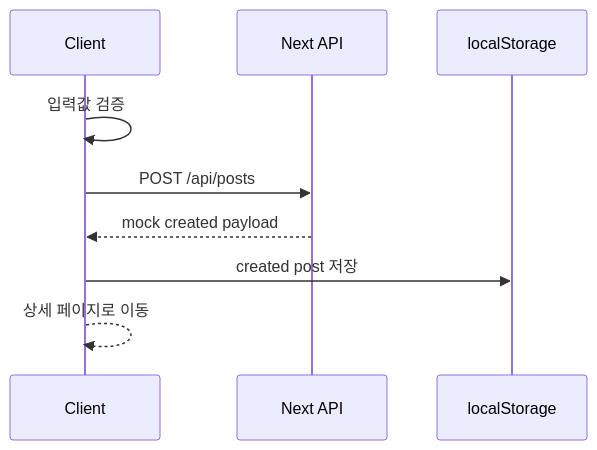
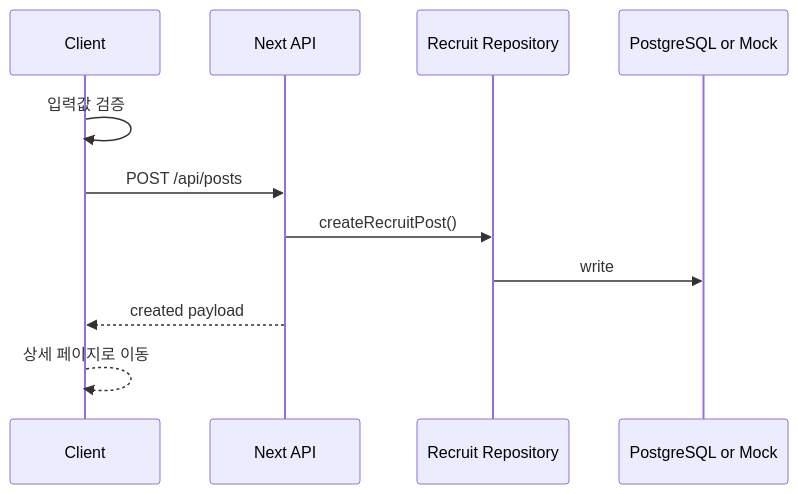
One commit to tail1887/campus-link-workshop changed the second of 3 diagrams in docs/02-architecture.md. Above: the diagram before and after it, drawn with Mermaid. The commit also changed other lines of this file and 23 other files, not shown here.

````diff
--- a/docs/02-architecture.md
+++ b/docs/02-architecture.md
@@ -94,12 +101,14 @@
 ```mermaid
 sequenceDiagram
     participant C as Client
     participant A as Next API
-    participant L as localStorage
+    participant R as Recruit Repository
+    participant D as PostgreSQL or Mock
 
     C->>C: 입력값 검증
     C->>A: POST /api/posts
-    A-->>C: mock created payload
-    C->>L: created post 저장
+    A->>R: createRecruitPost()
+    R->>D: write
+    A-->>C: created payload
     C-->>C: 상세 페이지로 이동
 ```
````
